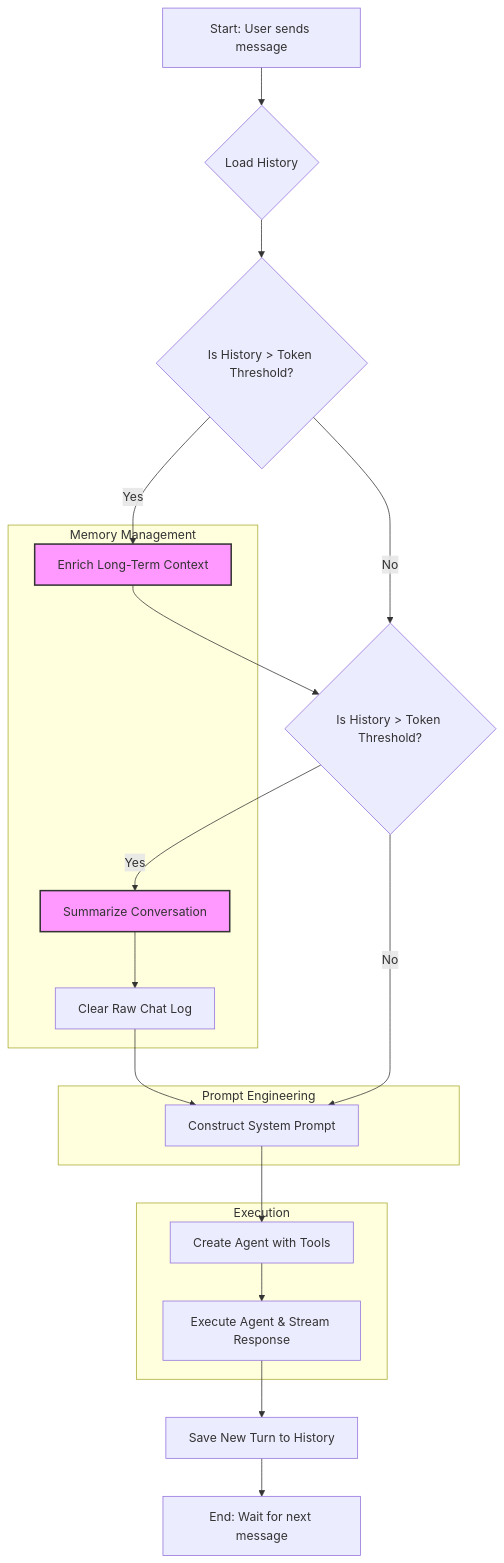
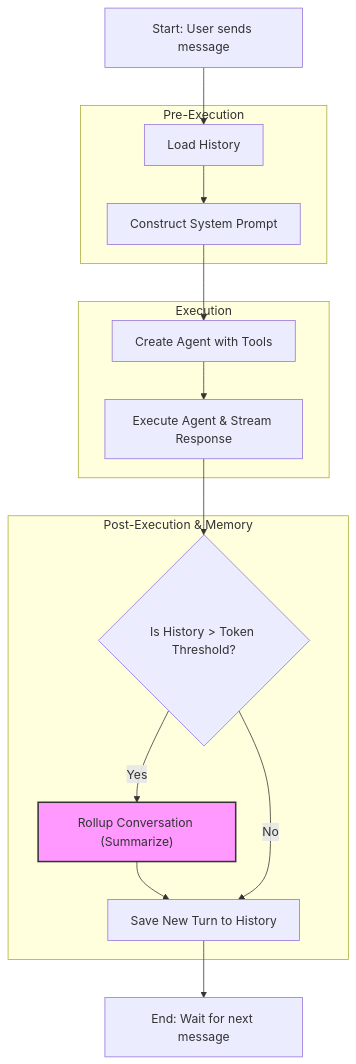
Before and after one commit to state-alchemists/zrb: the diagram in docs/installation-and-configuration/configuration/llm-workflow.md, drawn with Mermaid. The commit also changed other lines of this file and 16 other files, not shown here.

````diff
--- a/docs/installation-and-configuration/configuration/llm-workflow.md
+++ b/docs/installation-and-configuration/configuration/llm-workflow.md
@@ -11,31 +9,34 @@
 ```mermaid
 graph TD
-    A[Start: User sends message] --> B{Load History};
-    B --> C{Is History > Token Threshold?};
-    C -- Yes --> D[Enrich Long-Term Context];
-    D --> E{Is History > Token Threshold?};
-    C -- No --> E;
-    E -- Yes --> F[Summarize Conversation];
-    F --> G[Clear Raw Chat Log];
-    G --> H[Construct System Prompt];
-    E -- No --> H;
-    H --> I[Create Agent with Tools];
-    I --> J[Execute Agent & Stream Response];
-    J --> K[Save New Turn to History];
-    K --> L[End: Wait for next message];
+    A[Start: User sends message]
 
-    subgraph "Memory Management"
-        D; F; G;
-    end
-
-    subgraph "Prompt Engineering"
-        H;
+    subgraph "Pre-Execution"
+        B[Load History]
+        C[Construct System Prompt]
     end
 
     subgraph "Execution"
-        I; J;
+        D[Create Agent with Tools]
+        E[Execute Agent & Stream Response]
     end
 
-    style D fill:#f9f,stroke:#333,stroke-width:2px
-    style F fill:#f9f,stroke:#333,stroke-width:2px
+    subgraph "Post-Execution & Memory"
+        F{Is History > Token Threshold?}
+        G["Rollup Conversation (Summarize)"]
+        H[Save New Turn to History]
+    end
+
+    I[End: Wait for next message]
+
+    A --> B
+    B --> C
+    C --> D
+    D --> E
+    E --> F
+    F -- Yes --> G
+    G --> H
+    F -- No --> H
+    H --> I
+
+    style G fill:#f9f,stroke:#333,stroke-width:2px
 ```
````
